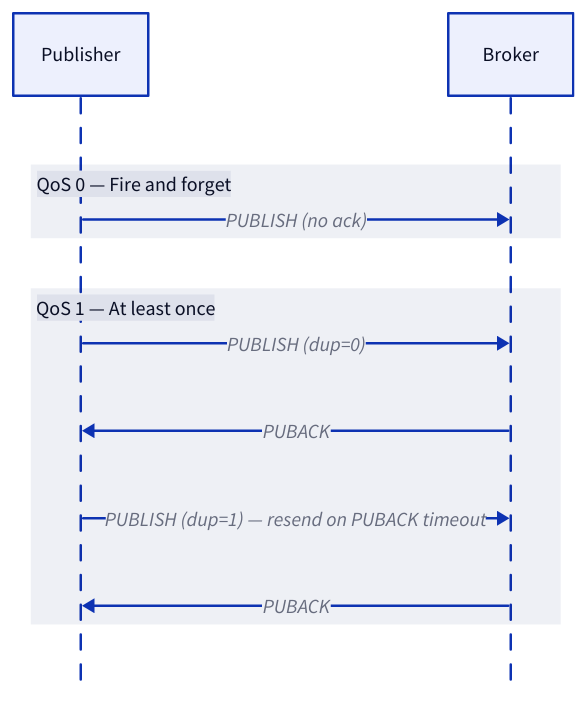
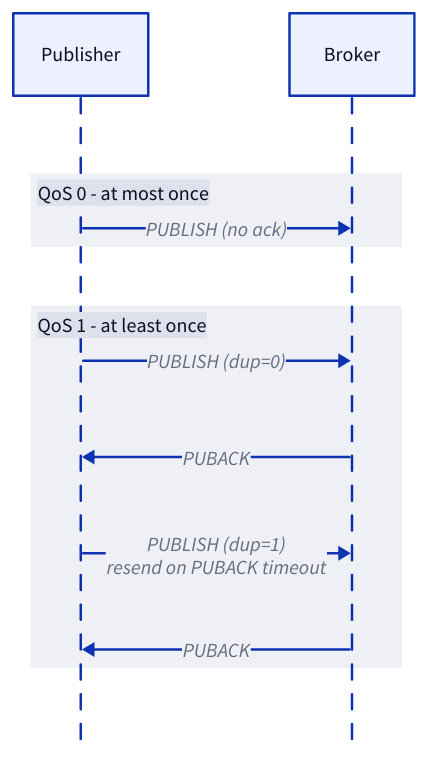
The diagram in docs/foundations/mqtt/qos.md (admiral-ai/zebra-handheld-rfid-iotc), drawn with D2 before and after one commit. The commit also changed 40 other files, not shown here.

First line of the commit message:
Redesign all 54 D2 diagrams to a unified visual system

````diff
--- a/docs/foundations/mqtt/qos.md
+++ b/docs/foundations/mqtt/qos.md
@@ -16,14 +16,15 @@
 ```d2
 shape: sequence_diagram
 P: Publisher
 B: Broker
-qos0: QoS 0 — Fire and forget {
+qos0: QoS 0 - at most once {
   P -> B: PUBLISH (no ack)
 }
-qos1: QoS 1 — At least once {
+qos1: QoS 1 - at least once {
   P -> B: PUBLISH (dup=0)
   B -> P: PUBACK
-  P -> B: "PUBLISH (dup=1) — resend on PUBACK timeout"
+  P -> B: "PUBLISH (dup=1)\nresend on PUBACK timeout"
   B -> P: PUBACK
 }
+
 ```
````
